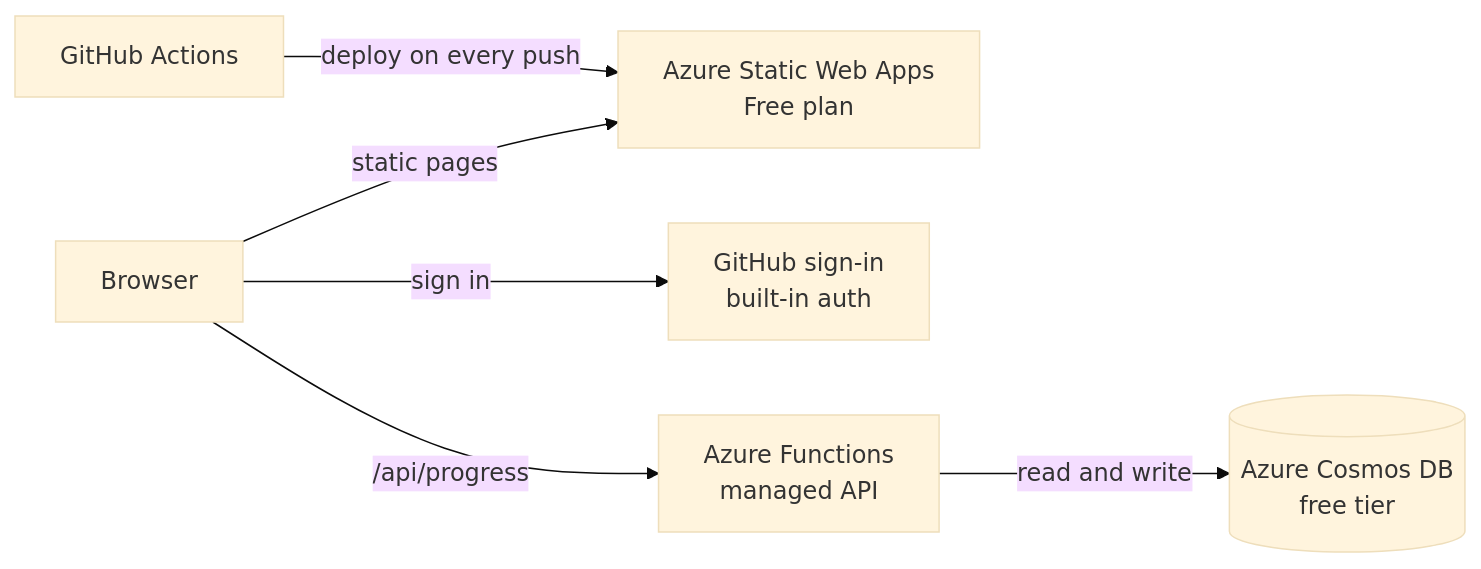
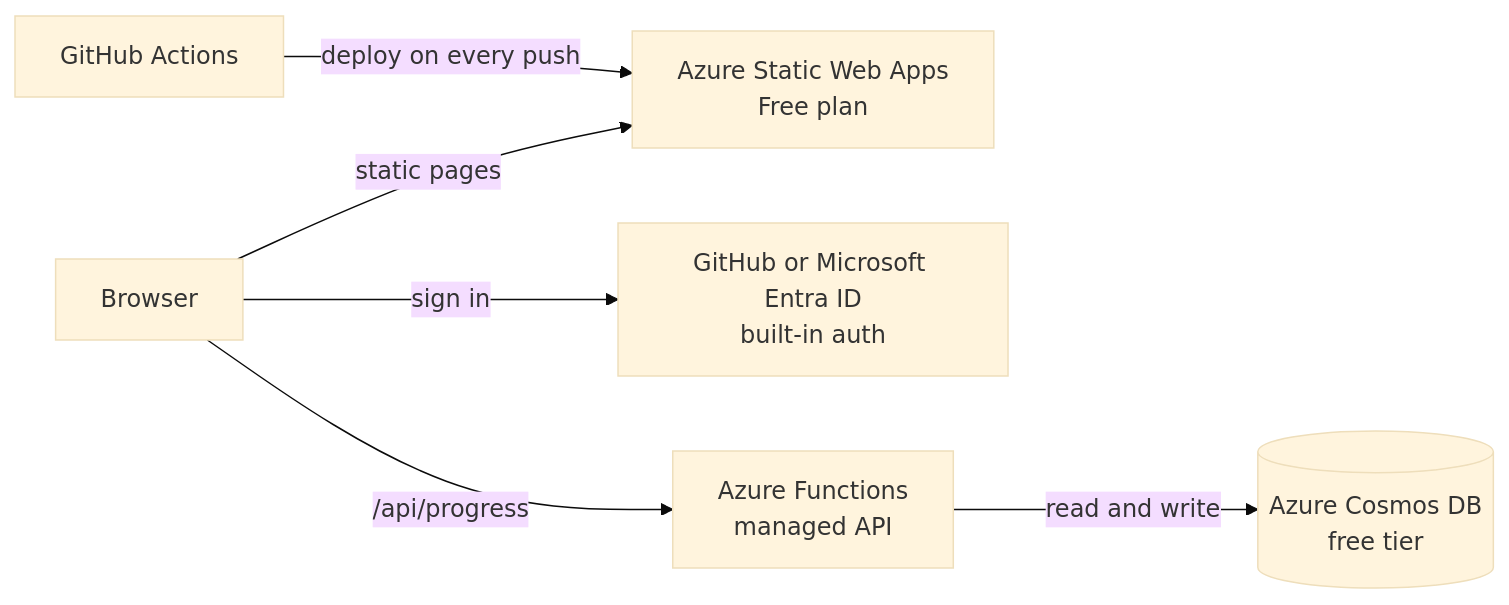
Before and after one commit to galorr-prjs/TheAzureAcademy: the diagram in README.md, drawn with Mermaid (base theme). The commit also changed other lines of this file, not shown here.

````diff
--- a/README.md
+++ b/README.md
@@ -24,8 +28,8 @@
 ```mermaid
 flowchart LR
   U[Browser] -->|static pages| S[Azure Static Web Apps<br/>Free plan]
-  U -->|sign in| A[GitHub sign-in<br/>built-in auth]
+  U -->|sign in| A[GitHub or Microsoft Entra ID<br/>built-in auth]
   U -->|/api/progress| F[Azure Functions<br/>managed API]
   F -->|read and write| C[(Azure Cosmos DB<br/>free tier)]
   G[GitHub Actions] -->|deploy on every push| S
 ```
````
